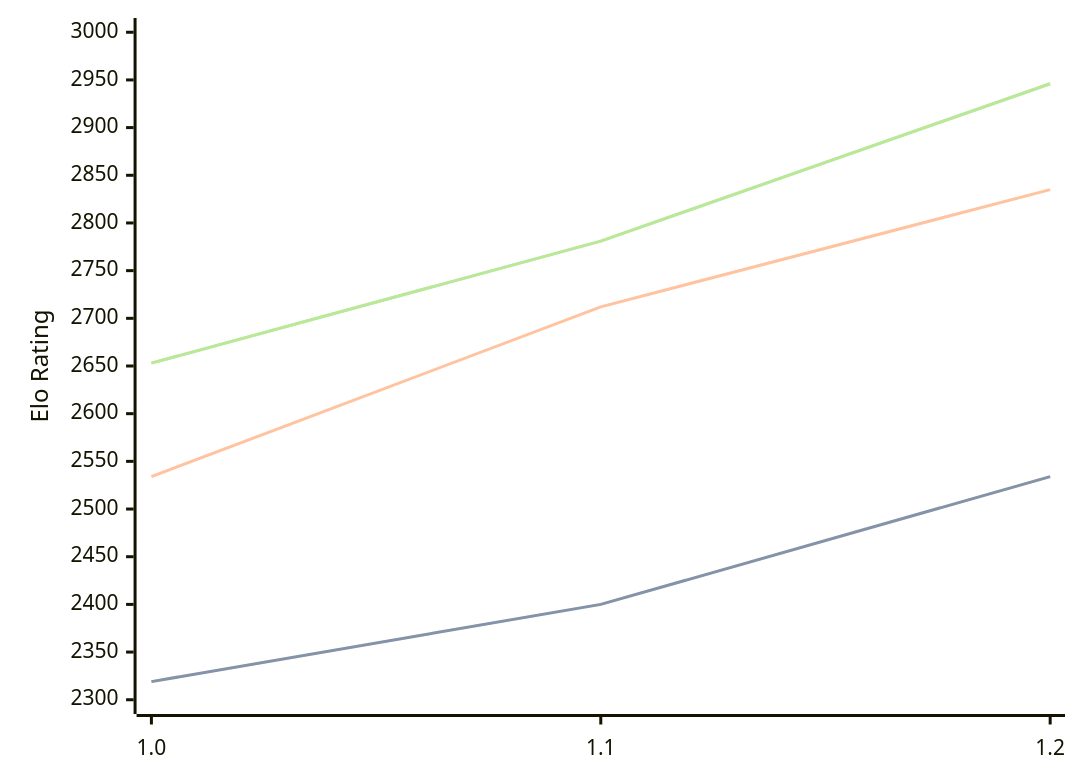
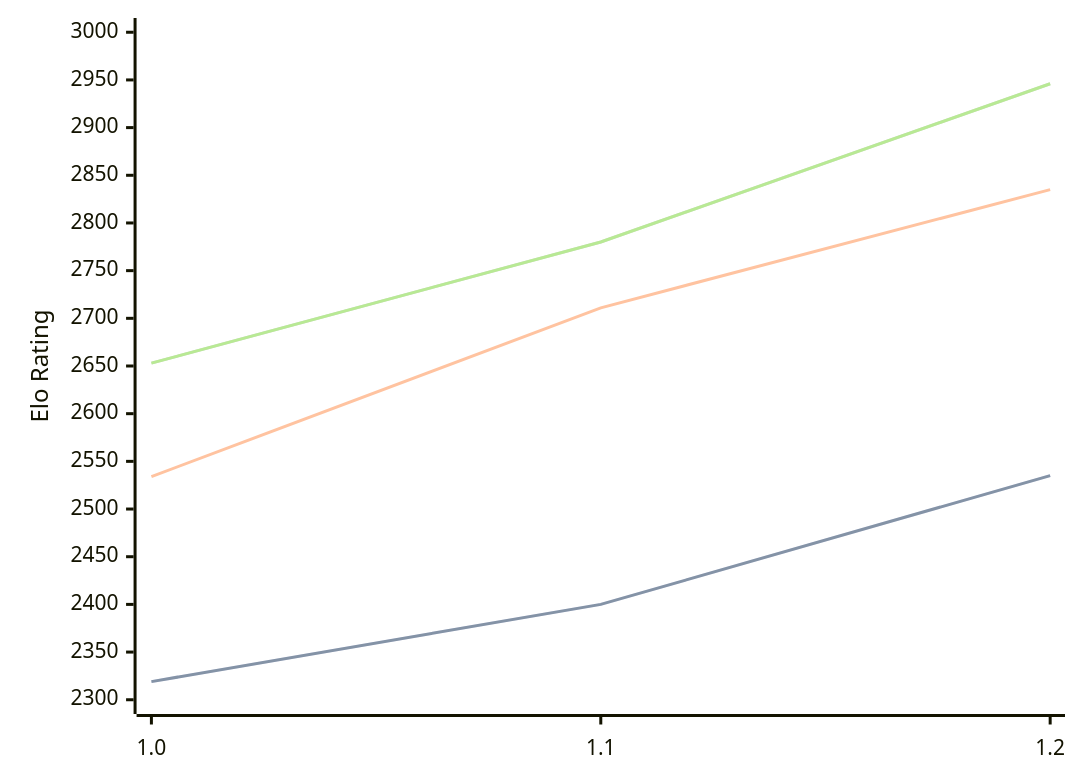
The diagram in engines/FoxChess.md (computer-chess-index/cci), drawn with Mermaid before and after one commit. The commit also changed other lines of this file, not shown here.

Commit message:
Update CCI Ratings (ELO VLTC) - 2026-09-23

````diff
--- a/engines/FoxChess.md
+++ b/engines/FoxChess.md
@@ -33,11 +33,11 @@
 ```mermaid
 %%{init: {"theme":"base","themeVariables":{"seriesColors:['#a3a3a3','#222221','#faa371']}}}%%
 xychart-beta
   x-axis ["1.0", "1.1", "1.2"]
   y-axis "Elo Rating" 2300 --> 3000
-  line "" [2319, 2400, 2534]
-  line "STC (8.0+0.08s)" [2319, 2400, 2534]
-  line "LTC (60.0+0.60s)" [2534, 2712, 2835]
-  line "" [2653, 2781, 2946]
-  line "VLTC (2m24s+1.12s)" [2653, 2781, 2946]
+  line "" [2319, 2400, 2535]
+  line "STC (8.0+0.08s)" [2319, 2400, 2535]
+  line "LTC (60.0+0.60s)" [2534, 2711, 2835]
+  line "" [2653, 2780, 2946]
+  line "VLTC (2m24s+1.12s)" [2653, 2780, 2946]
 ```
````
